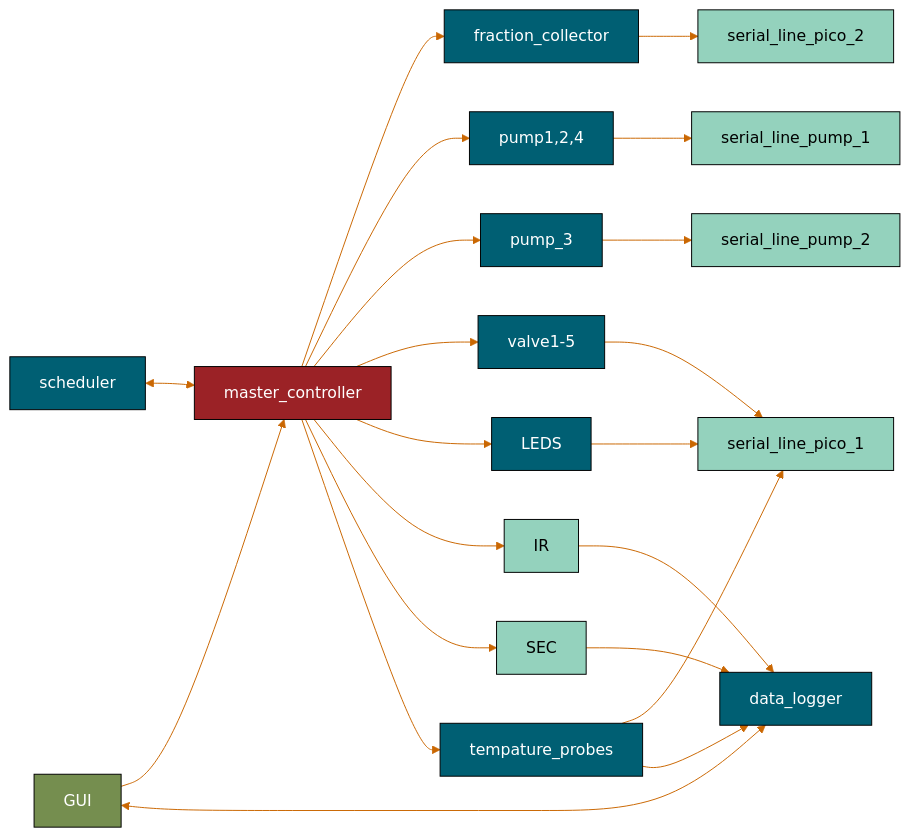
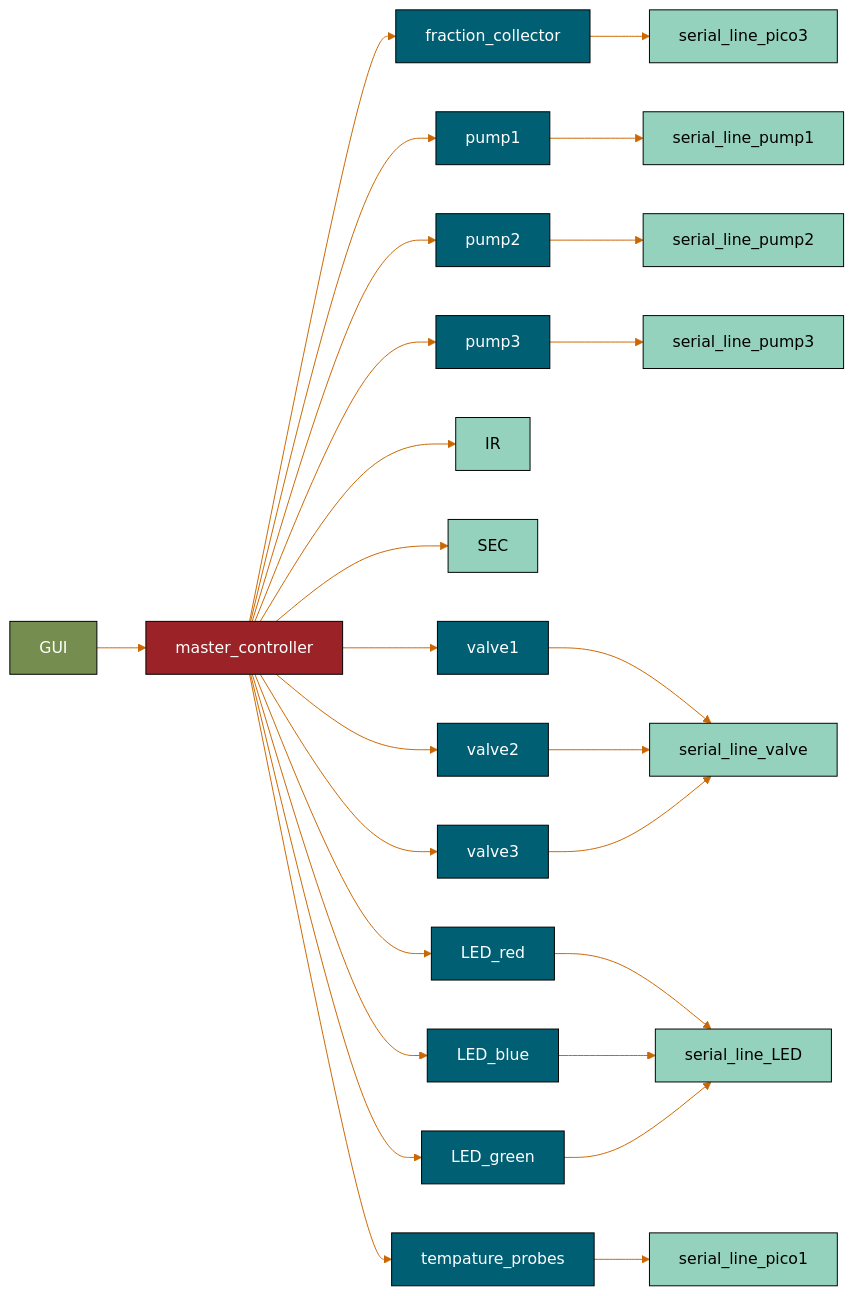
One commit to dylanwal/ChemBot changed the second of 6 diagrams in runs/simple_setup/README.md. Above: the diagram before and after it, drawn with Mermaid. The commit also changed other lines of this file and 5 other files, not shown here.

Commit message:
update diagrams

````diff
--- a/runs/simple_setup/README.md
+++ b/runs/simple_setup/README.md
@@ -116,59 +116,58 @@
 ```mermaid
 %%{
     init: {
     'theme':'base',
     'themeVariables': {
         'background': '#404e4d',
         'fontFamily': 'arial',
         'primaryColor': '#005f73',
         'primaryTextColor': '#ffffff',
         'primaryBorderColor': '#000000',
         'lineColor': '#ca6702',
         'tertiaryColor': '#fdf0d5',
         'tertiaryTextColor': '#000000'
     }
     }
 }%%
 flowchart LR
 
 
     master_controller:::error
-    pump1,2,4
-    pump_3
-    valve1-5
-    serial_line_pump_1:::output
-    serial_line_pump_2:::output
-    serial_line_pico_1:::output
-    serial_line_pico_2:::output
-    LEDS
+    pump1
+    pump2
+    pump3
+    valve1
+    serial_line_pump1:::output
+    serial_line_pump2:::output
+    serial_line_pump3:::output
+    serial_line_pico1:::output    
     IR:::output
     SEC:::output
     fraction_collector
     GUI:::GUI
-    
-    scheduler <--> master_controller
-    
+        
     master_controller --> fraction_collector
-    fraction_collector --> serial_line_pico_2
-    master_controller --> pump1,2,4 --> serial_line_pump_1
-    master_controller --> pump_3 --> serial_line_pump_2
-    master_controller --> valve1-5 --> serial_line_pico_1
-    master_controller --> LEDS --> serial_line_pico_1
+    fraction_collector --> serial_line_pico3:::output 
+    master_controller --> pump1 --> serial_line_pump1:::output 
+    master_controller --> pump2 --> serial_line_pump2:::output 
+    master_controller --> pump3 --> serial_line_pump3:::output 
+    master_controller --> valve1 --> serial_line_valve:::output 
+    master_controller --> valve2 --> serial_line_valve:::output 
+    master_controller --> valve3 --> serial_line_valve:::output 
+    master_controller --> LED_red --> serial_line_LED:::output 
+    master_controller --> LED_blue --> serial_line_LED:::output 
+    master_controller --> LED_green --> serial_line_LED:::output 
     master_controller --> IR
     master_controller --> SEC
     
     GUI --> master_controller
-    GUI <--> data_logger
     
     master_controller --> tempature_probes
-    tempature_probes --> serial_line_pico_1
-    tempature_probes --> data_logger 
-    IR --> data_logger
-    SEC --> data_logger
+    tempature_probes --> serial_line_pico1
 
 
     classDef chem fill:#758E4F
     classDef GUI fill:#758E4F
     classDef error fill:#9b2226
     classDef output fill:#94d2bd,color:#000000
 ```
````
